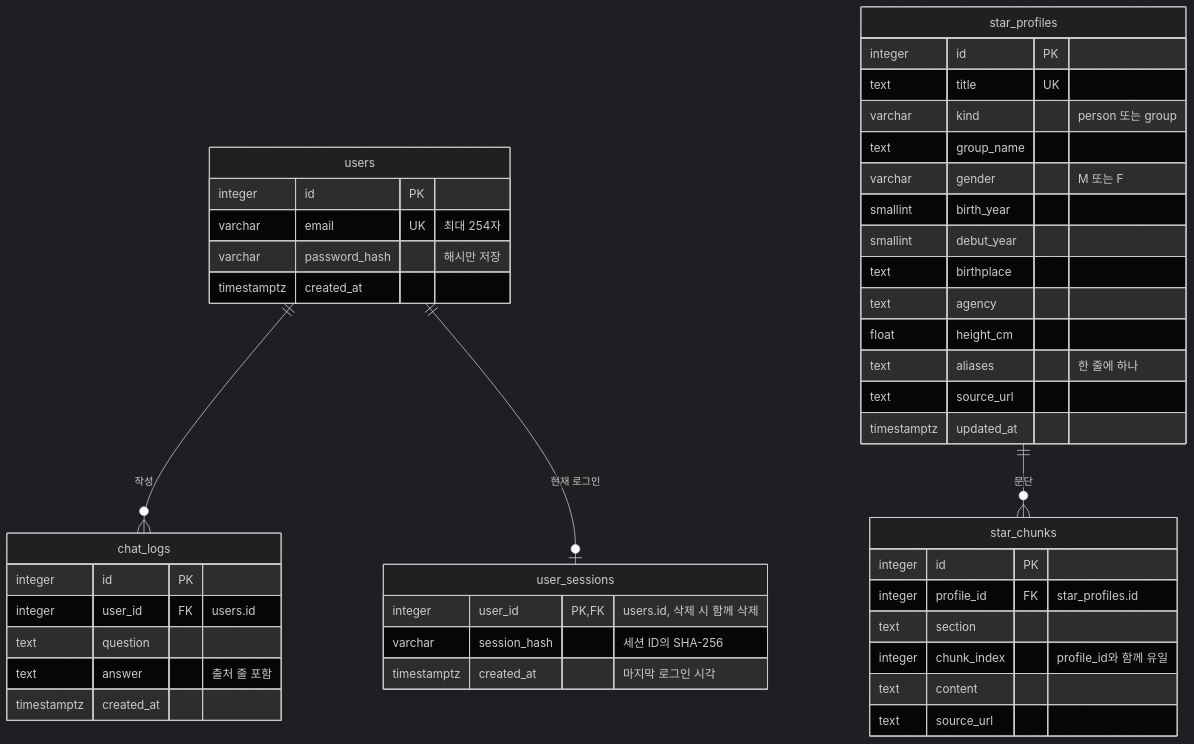
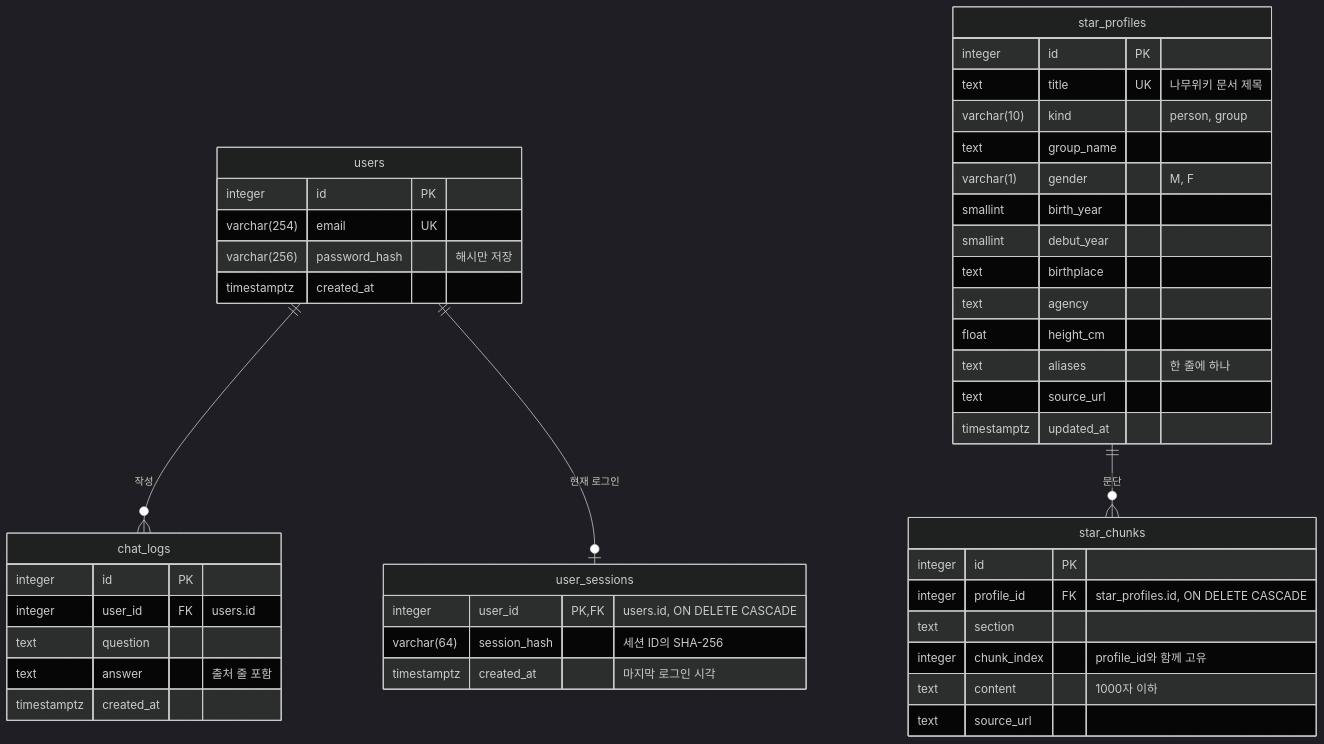
The second of 2 diagrams in README.md (innurhap28/Next-Star-Hunter.bot), drawn with Mermaid (dark theme) before and after one commit. The commit also changed other lines of this file, not shown here.

Commit message:
docs: README를 화면·시스템 구조·ERD·로그 확인 방법 중심으로 재구성

````diff
--- a/README.md
+++ b/README.md
@@ -103,47 +127,48 @@
 ```mermaid
 erDiagram
     users ||--o{ chat_logs : "작성"
     users ||--o| user_sessions : "현재 로그인"
     star_profiles ||--o{ star_chunks : "문단"
+
     users {
         integer id PK
-        varchar email UK "최대 254자"
-        varchar password_hash "해시만 저장"
+        varchar(254) email UK
+        varchar(256) password_hash "해시만 저장"
         timestamptz created_at
     }
     user_sessions {
-        integer user_id PK, FK "users.id, 삭제 시 함께 삭제"
-        varchar session_hash "세션 ID의 SHA-256"
+        integer user_id PK, FK "users.id, ON DELETE CASCADE"
+        varchar(64) session_hash "세션 ID의 SHA-256"
         timestamptz created_at "마지막 로그인 시각"
     }
     chat_logs {
         integer id PK
         integer user_id FK "users.id"
         text question
         text answer "출처 줄 포함"
         timestamptz created_at
     }
     star_profiles {
         integer id PK
-        text title UK
-        varchar kind "person 또는 group"
+        text title UK "나무위키 문서 제목"
+        varchar(10) kind "person, group"
         text group_name
-        varchar gender "M 또는 F"
+        varchar(1) gender "M, F"
         smallint birth_year
         smallint debut_year
         text birthplace
         text agency
         float height_cm
         text aliases "한 줄에 하나"
         text source_url
         timestamptz updated_at
     }
     star_chunks {
         integer id PK
-        integer profile_id FK "star_profiles.id"
+        integer profile_id FK "star_profiles.id, ON DELETE CASCADE"
         text section
-        integer chunk_index "profile_id와 함께 유일"
-        text content
+        integer chunk_index "profile_id와 함께 고유"
+        text content "1000자 이하"
         text source_url
     }
 ```
````
